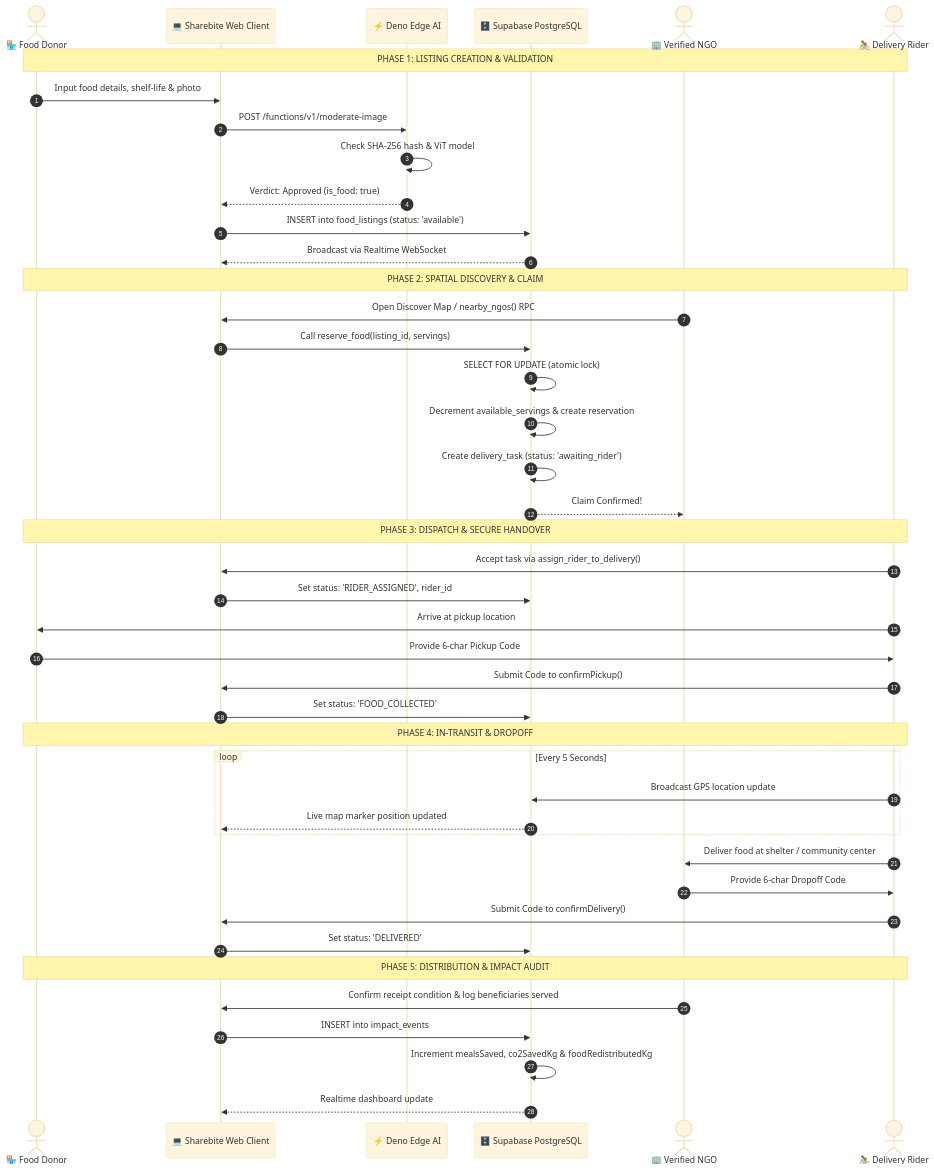
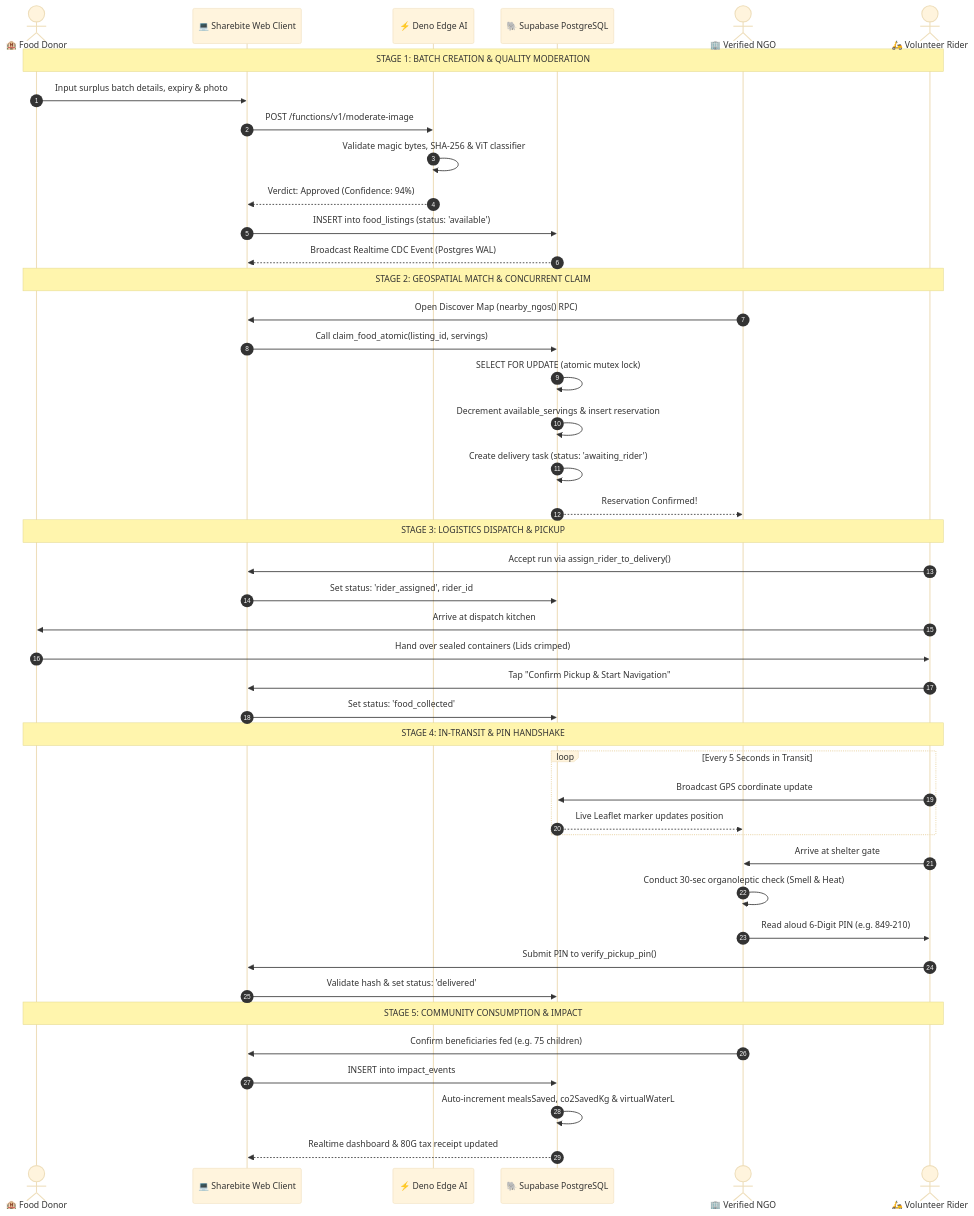
Before and after one commit to rohillanikhlesh2510/Sharebite---Food-rescuing-app: the second of 11 diagrams in docs/WORKFLOW_DIAGRAM.md, drawn with Mermaid (base theme). The commit also changed other lines of this file, not shown here.

Commit message:
docs(workflows): upgrade visual lifecycle diagrams, offline PWA sync, and FSSAI organoleptic decision flows

````diff
--- a/docs/WORKFLOW_DIAGRAM.md
+++ b/docs/WORKFLOW_DIAGRAM.md
@@ -61,50 +64,51 @@
 ```mermaid
 sequenceDiagram
     autonumber
-    actor Donor as 🏪 Food Donor
+    actor Donor as 🏨 Food Donor
     participant Web as 💻 Sharebite Web Client
     participant Edge as ⚡ Deno Edge AI
-    participant DB as 🗄️ Supabase PostgreSQL
+    participant DB as 🐘 Supabase PostgreSQL
     actor NGO as 🏢 Verified NGO
-    actor Rider as 🚴 Delivery Rider
+    actor Rider as 🛵 Volunteer Rider
 
-    Note over Donor,Rider: PHASE 1: LISTING CREATION & VALIDATION
-    Donor->>Web: Input food details, shelf-life & photo
+    Note over Donor,Rider: STAGE 1: BATCH CREATION & QUALITY MODERATION
+    Donor->>Web: Input surplus batch details, expiry & photo
     Web->>Edge: POST /functions/v1/moderate-image
-    Edge->>Edge: Check SHA-256 hash & ViT model
-    Edge-->>Web: Verdict: Approved (is_food: true)
+    Edge->>Edge: Validate magic bytes, SHA-256 & ViT classifier
+    Edge-->>Web: Verdict: Approved (Confidence: 94%)
     Web->>DB: INSERT into food_listings (status: 'available')
-    DB-->>Web: Broadcast via Realtime WebSocket
+    DB-->>Web: Broadcast Realtime CDC Event (Postgres WAL)
 
-    Note over Donor,Rider: PHASE 2: SPATIAL DISCOVERY & CLAIM
-    NGO->>Web: Open Discover Map / nearby_ngos() RPC
-    Web->>DB: Call reserve_food(listing_id, servings)
-    DB->>DB: SELECT FOR UPDATE (atomic lock)
-    DB->>DB: Decrement available_servings & create reservation
-    DB->>DB: Create delivery_task (status: 'awaiting_rider')
-    DB-->>NGO: Claim Confirmed!
+    Note over Donor,Rider: STAGE 2: GEOSPATIAL MATCH & CONCURRENT CLAIM
+    NGO->>Web: Open Discover Map (nearby_ngos() RPC)
+    Web->>DB: Call claim_food_atomic(listing_id, servings)
+    DB->>DB: SELECT FOR UPDATE (atomic mutex lock)
+    DB->>DB: Decrement available_servings & insert reservation
+    DB->>DB: Create delivery task (status: 'awaiting_rider')
+    DB-->>NGO: Reservation Confirmed!
 
-    Note over Donor,Rider: PHASE 3: DISPATCH & SECURE HANDOVER
-    Rider->>Web: Accept task via assign_rider_to_delivery()
-    Web->>DB: Set status: 'RIDER_ASSIGNED', rider_id
-    Rider->>Donor: Arrive at pickup location
-    Donor->>Rider: Provide 6-char Pickup Code
-    Rider->>Web: Submit Code to confirmPickup()
-    Web->>DB: Set status: 'FOOD_COLLECTED'
+    Note over Donor,Rider: STAGE 3: LOGISTICS DISPATCH & PICKUP
+    Rider->>Web: Accept run via assign_rider_to_delivery()
+    Web->>DB: Set status: 'rider_assigned', rider_id
+    Rider->>Donor: Arrive at dispatch kitchen
+    Donor->>Rider: Hand over sealed containers (Lids crimped)
+    Rider->>Web: Tap "Confirm Pickup & Start Navigation"
+    Web->>DB: Set status: 'food_collected'
 
-    Note over Donor,Rider: PHASE 4: IN-TRANSIT & DROPOFF
-    loop Every 5 Seconds
-        Rider->>DB: Broadcast GPS location update
-        DB-->>Web: Live map marker position updated
+    Note over Donor,Rider: STAGE 4: IN-TRANSIT & PIN HANDSHAKE
+    loop Every 5 Seconds in Transit
+        Rider->>DB: Broadcast GPS coordinate update
+        DB-->>NGO: Live Leaflet marker updates position
     end
-    Rider->>NGO: Deliver food at shelter / community center
-    NGO->>Rider: Provide 6-char Dropoff Code
-    Rider->>Web: Submit Code to confirmDelivery()
-    Web->>DB: Set status: 'DELIVERED'
+    Rider->>NGO: Arrive at shelter gate
+    NGO->>NGO: Conduct 30-sec organoleptic check (Smell & Heat)
+    NGO->>Rider: Read aloud 6-Digit PIN (e.g. 849-210)
+    Rider->>Web: Submit PIN to verify_pickup_pin()
+    Web->>DB: Validate hash & set status: 'delivered'
 
-    Note over Donor,Rider: PHASE 5: DISTRIBUTION & IMPACT AUDIT
-    NGO->>Web: Confirm receipt condition & log beneficiaries served
+    Note over Donor,Rider: STAGE 5: COMMUNITY CONSUMPTION & IMPACT
+    NGO->>Web: Confirm beneficiaries fed (e.g. 75 children)
     Web->>DB: INSERT into impact_events
-    DB->>DB: Increment mealsSaved, co2SavedKg & foodRedistributedKg
-    DB-->>Web: Realtime dashboard update
+    DB->>DB: Auto-increment mealsSaved, co2SavedKg & virtualWaterL
+    DB-->>Web: Realtime dashboard & 80G tax receipt updated
 ```
````
